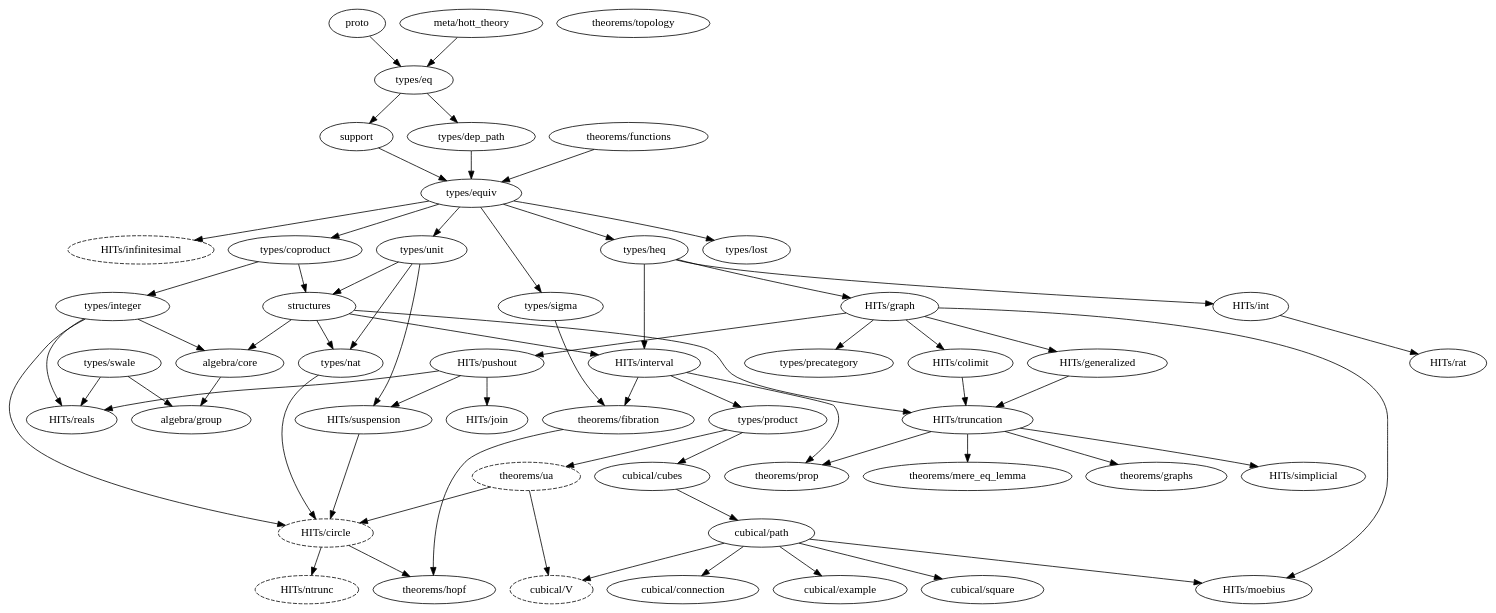
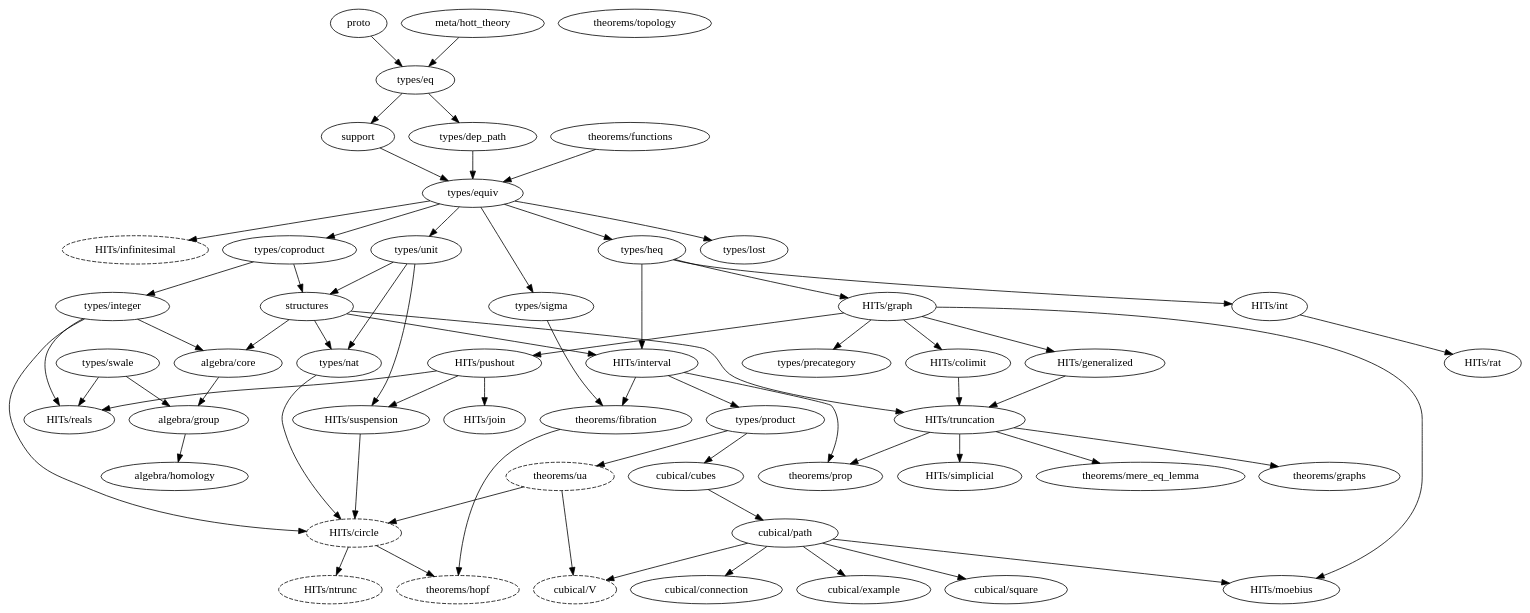
The diagram in dependency_map.gv (forked-from-1kasper/ground_zero), drawn with Graphviz before and after one commit. The commit also changed 4 other files, not shown here.

```diff
--- a/dependency_map.gv
+++ b/dependency_map.gv
@@ -1,115 +1,117 @@
 digraph dependency_map {
   proto -> "types/eq"
   "meta/hott_theory" -> "types/eq"
   support -> "types/equiv"
   structures -> {
     "HITs/interval",
     "HITs/truncation",
     "algebra/core",
     "types/nat"
   }
 
   subgraph univalence {
     node [style=dashed]
     "HITs/circle"
     "HITs/infinitesimal"
     "HITs/ntrunc"
     "theorems/ua"
     "cubical/V"
+    "theorems/hopf"
   }
 
   subgraph algebra {
     "algebra/core" -> "algebra/group"
-    "algebra/group"
+    "algebra/group" -> "algebra/homology"
+    "algebra/homology"
   }
 
   subgraph types {
     "types/coproduct" -> { "types/integer", structures }
     "types/dep_path" -> "types/equiv"
     "types/eq" -> { "types/dep_path", support }
     "types/equiv" -> {
       "types/heq",
       "HITs/infinitesimal",
       "types/coproduct",
       "types/lost",
       "types/unit",
       "types/sigma"
     }
     "types/heq" -> {
       "HITs/int",
       "HITs/interval",
       "HITs/graph"
     }
     "types/integer" -> { "HITs/circle", "HITs/reals", "algebra/core" }
     "types/lost"
     "types/nat" -> { "HITs/circle" }
     "types/product" -> { "cubical/cubes", "theorems/ua" }
     "types/sigma" -> { "theorems/fibration" }
     "types/swale" -> { "HITs/reals", "algebra/group" }
     "types/unit" -> { structures, "HITs/suspension", "types/nat" }
   }
 
   subgraph HITs {
     "HITs/circle" -> { "HITs/ntrunc", "theorems/hopf" }
     "HITs/colimit" -> "HITs/truncation"
     "HITs/generalized" -> "HITs/truncation"
     "HITs/graph" -> {
       "HITs/colimit",
       "HITs/generalized",
       "HITs/pushout",
       "HITs/moebius",
       "types/precategory"
     }
     "HITs/infinitesimal"
     "HITs/int" -> "HITs/rat"
     "HITs/interval" -> {
       "types/product",
       "theorems/prop",
       "theorems/fibration"
     }
     "HITs/join"
     "HITs/moebius"
     "HITs/ntrunc"
     "HITs/pushout" -> {
       "HITs/join",
       "HITs/reals",
       "HITs/suspension"
     }
     "HITs/rat"
     "HITs/reals"
     "HITs/simplicial"
     "HITs/suspension" -> "HITs/circle"
     "HITs/truncation" -> {
       "theorems/mere_eq_lemma",
       "theorems/prop",
       "theorems/graphs",
       "HITs/simplicial"
     }
   }
 
   subgraph cubical {
     "cubical/connection"
     "cubical/cubes" -> "cubical/path"
     "cubical/example"
     "cubical/path" -> {
       "cubical/square",
       "cubical/example",
       "cubical/V",
       "cubical/connection",
       "HITs/moebius"
     }
     "cubical/square"
     "cubical/V"
   }
 
   subgraph theorems {
     "theorems/fibration" -> { "theorems/hopf" }
     "theorems/functions" -> { "types/equiv" }
     "theorems/graphs"
     "theorems/hopf"
     "theorems/mere_eq_lemma"
     "theorems/prop"
     "theorems/topology"
     "theorems/ua" -> { "HITs/circle", "cubical/V" }
   }
 }
```
